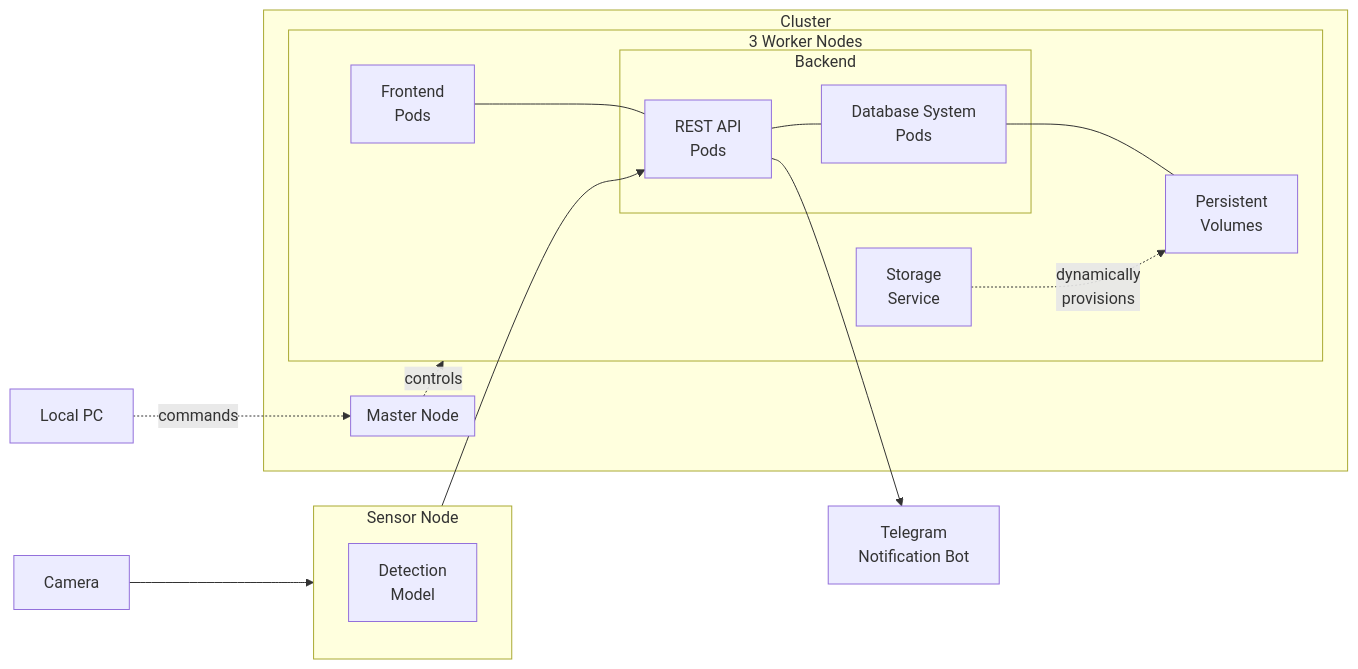
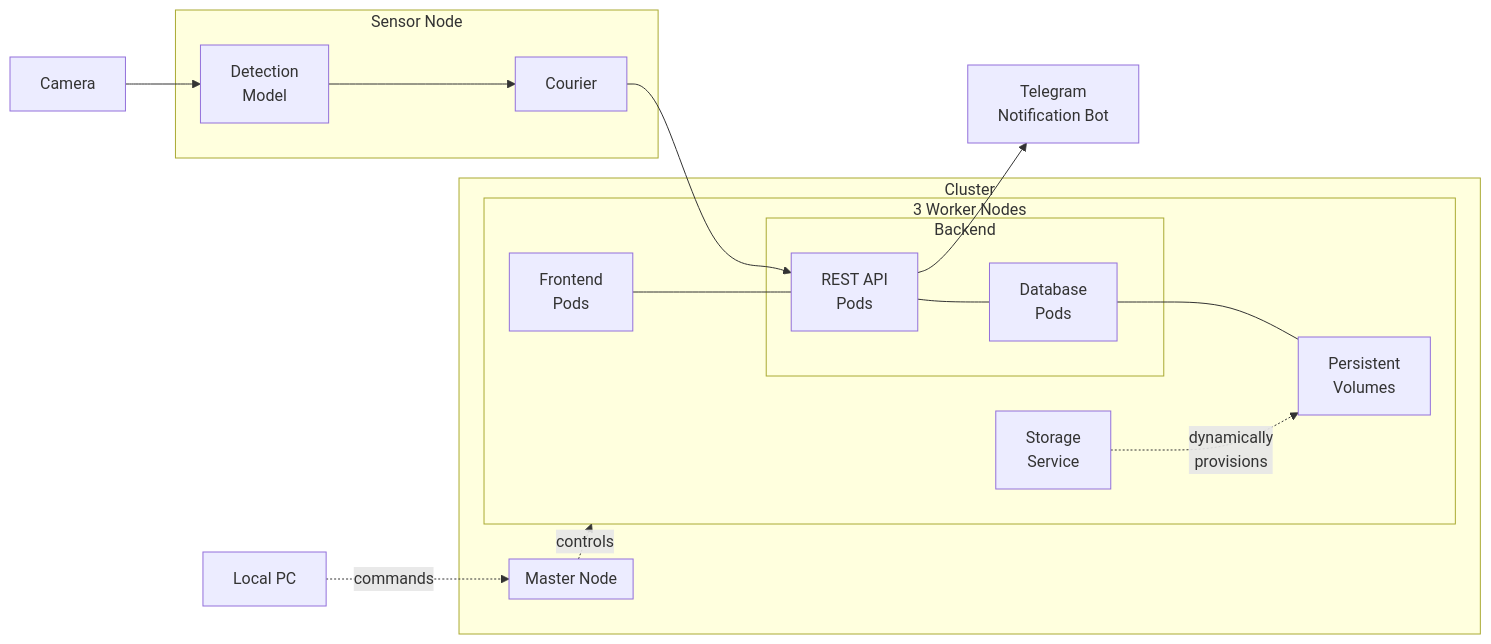
The second of 4 diagrams in docs/Group_2_SS23_ProjectReport.md (ccfrauasgr2/pet-detection), drawn with Mermaid before and after one commit. The commit also changed other lines of this file and 1 other file, not shown here.

````diff
--- a/docs/Group_2_SS23_ProjectReport.md
+++ b/docs/Group_2_SS23_ProjectReport.md
@@ -64,35 +64,36 @@
 ```mermaid
 flowchart LR
   camera[Camera]
 
   subgraph sensornode[Sensor Node]
     model[Detection\nModel]
+    courier[Courier]
   end
 
   subgraph cluster[Cluster]
 
     subgraph masterNode[Master Node]
       
     end
 
     subgraph workerNode[3 Worker Nodes]
       frontendContainer[Frontend\nPods]
       dss[Storage\nService]
       subgraph backendContainer[Backend]
         restapiContainer[REST API\nPods]
-        dbmsContainer[Database System\nPods]
+        dbmsContainer[Database\nPods]
       end
       persistentVolume[Persistent\nVolumes]
     end 
   end
 
   localPC[Local PC]
   bot[Telegram\nNotification Bot]
 
   restapiContainer --> bot
   localPC -.commands.-> masterNode -.controls.-> workerNode
   frontendContainer --- restapiContainer --- dbmsContainer --- persistentVolume
-  camera --> sensornode --> restapiContainer
+  camera --> model --> courier --> restapiContainer
   dss -.dynamically\nprovisions.-> persistentVolume
   
 ```
````
